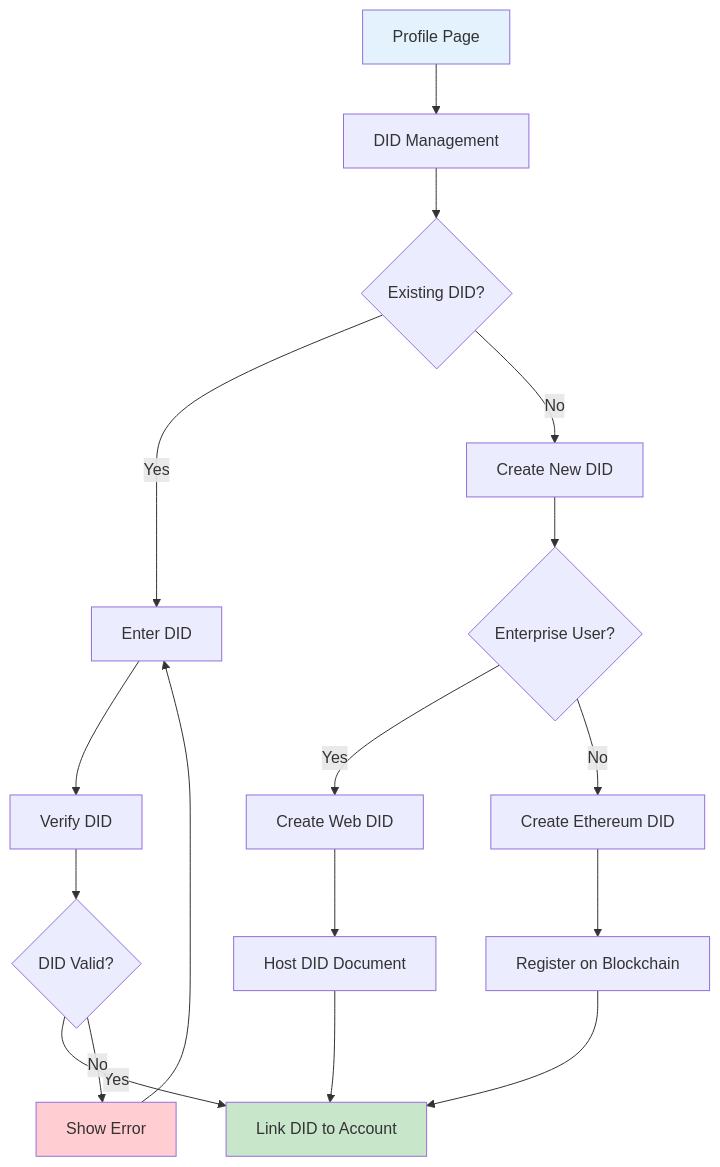
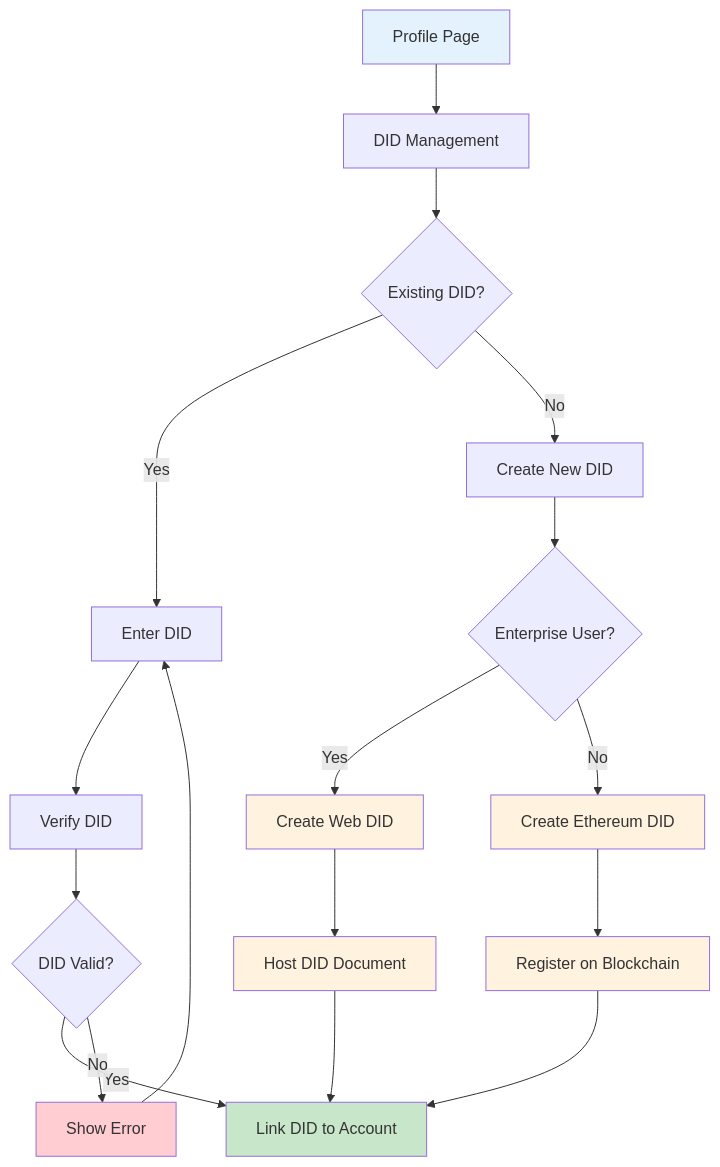
The seventh of 17 diagrams in UI_DESIGN_DOCUMENT.md (gitmujoshi/Confidential-AI-Network), drawn with Mermaid before and after one commit. The commit also changed other lines of this file, not shown here.

````diff
--- a/UI_DESIGN_DOCUMENT.md
+++ b/UI_DESIGN_DOCUMENT.md
@@ -269,24 +347,28 @@
 ```mermaid
-graph TD
+flowchart TD
     A[Profile Page] --> B[DID Management]
     B --> C{Existing DID?}
     C -->|Yes| D[Enter DID]
     C -->|No| E[Create New DID]
     D --> F[Verify DID]
     F --> G{DID Valid?}
     G -->|Yes| H[Link DID to Account]
     G -->|No| I[Show Error]
     I --> D
     
     E --> J{Enterprise User?}
     J -->|Yes| K[Create Web DID]
     J -->|No| L[Create Ethereum DID]
     K --> M[Host DID Document]
     L --> N[Register on Blockchain]
     M --> H
     N --> H
     
     style A fill:#e3f2fd
     style H fill:#c8e6c9
     style I fill:#ffcdd2
+    style K fill:#fff3e0
+    style L fill:#fff3e0
+    style M fill:#fff3e0
+    style N fill:#fff3e0
 ```
````
